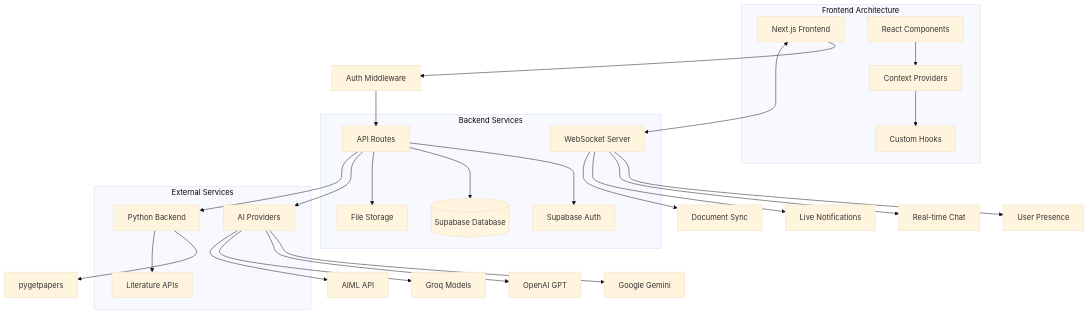
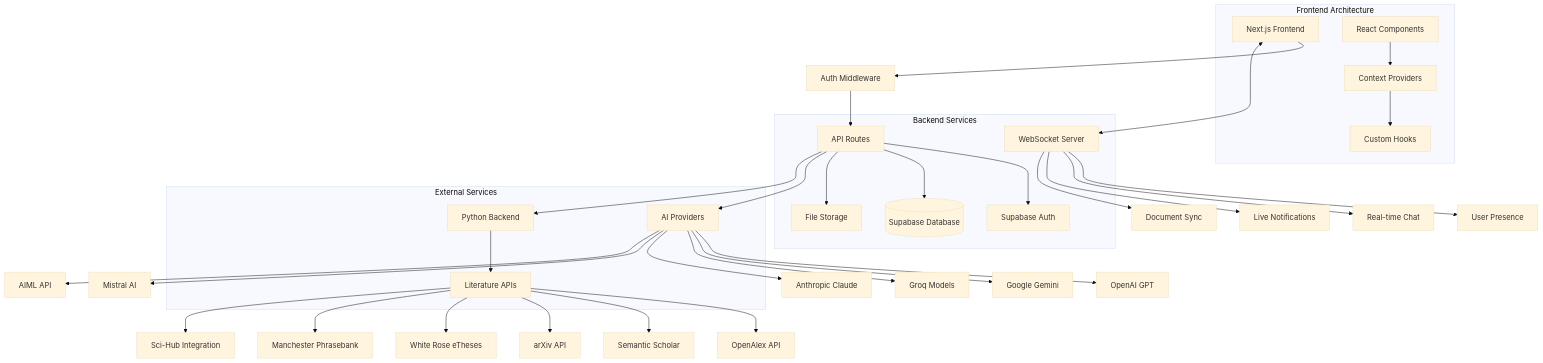
Before and after one commit to Kedhareswer/thesisflow-ai: the diagram in README.md, drawn with Mermaid (base theme). The commit also changed other lines of this file, not shown here.

````diff
--- a/README.md
+++ b/README.md
@@ -77,48 +95,55 @@
 ```mermaid
 flowchart TD
   Client[Next.js Frontend] --> Middleware[Auth Middleware]
   Middleware --> API[API Routes]
   Client <--> WebSocket[WebSocket Server]
 
   API --> Auth[Supabase Auth]
   API --> DB[(Supabase Database)]
   API --> Storage[File Storage]
   API --> AI[AI Providers]
   API --> Python[Python Backend]
 
+  AI --> OpenAI[OpenAI GPT]
   AI --> Gemini[Google Gemini]
-  AI --> OpenAI[OpenAI GPT]
   AI --> Groq[Groq Models]
+  AI --> Anthropic[Anthropic Claude]
+  AI --> Mistral[Mistral AI]
   AI --> AIML[AIML API]
 
-  Python --> PyGetPapers[pygetpapers]
   Python --> Literature[Literature APIs]
+  Literature --> OpenAlex[OpenAlex API]
+  Literature --> SemanticScholar[Semantic Scholar]
+  Literature --> ArXiv[arXiv API]
+  Literature --> WhiteRose[White Rose eTheses]
+  Literature --> Manchester[Manchester Phrasebank]
+  Literature --> SciHub[Sci-Hub Integration]
 
   WebSocket --> Presence[User Presence]
   WebSocket --> Chat[Real-time Chat]
   WebSocket --> Notifications[Live Notifications]
   WebSocket --> Collaboration[Document Sync]
 
   subgraph "Frontend Architecture"
     Client
     Components[React Components]
     Providers[Context Providers]
     Hooks[Custom Hooks]
     Components --> Providers
     Providers --> Hooks
   end
 
   subgraph "Backend Services"
     API
     Auth
     DB
     Storage
     WebSocket
   end
 
   subgraph "External Services"
     AI
     Python
     Literature
   end
 ```
````
